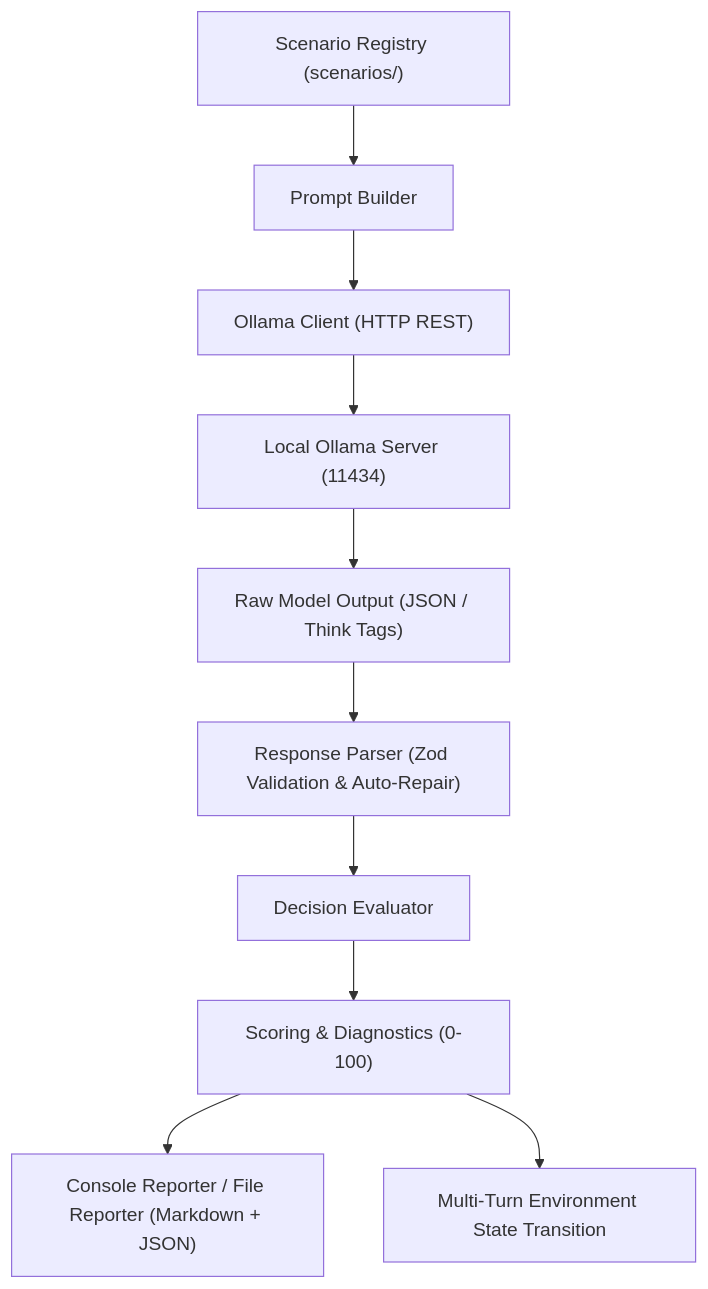
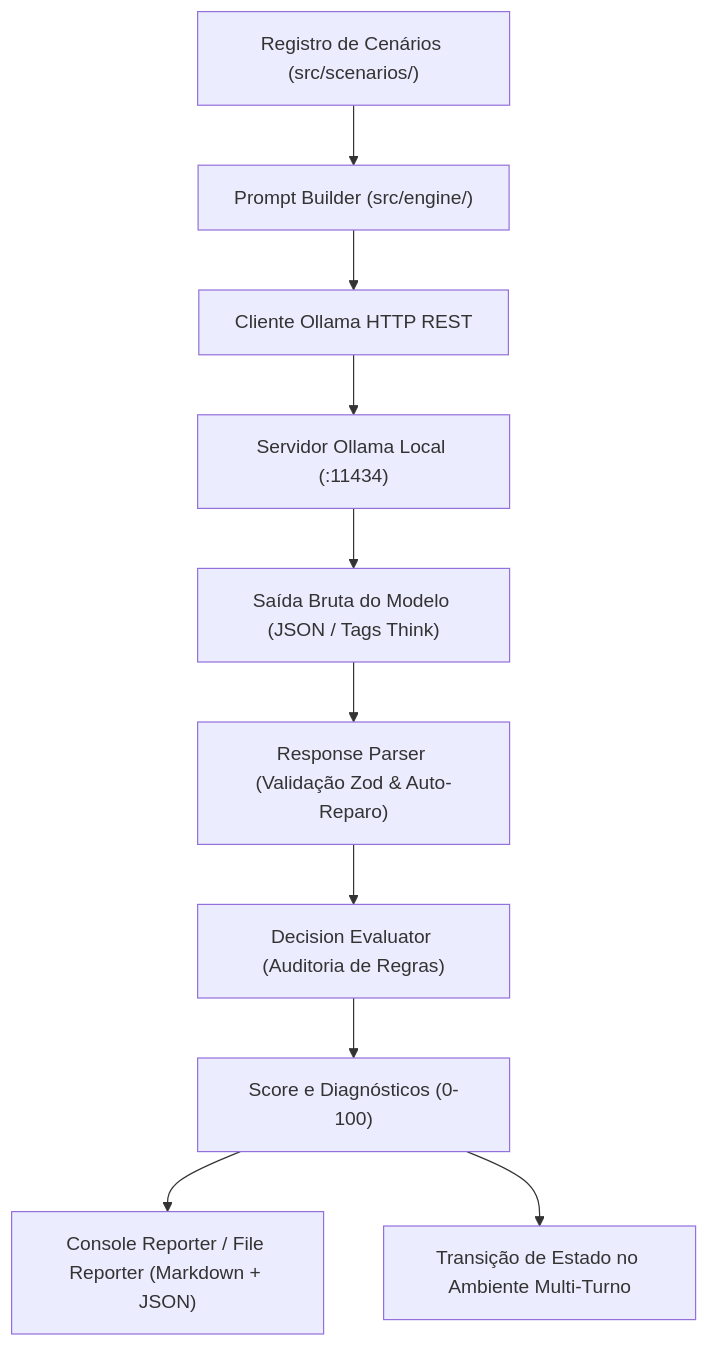
Before and after one commit to lildiop2/decision-llm-simulator: the diagram in README.md, drawn with Mermaid. The commit also changed other lines of this file and 14 other files, not shown here.

Commit message:
feat: localize project to Portuguese for scenarios, cli, prompts, evaluator, and documentation

````diff
--- a/README.md
+++ b/README.md
@@ -20,12 +20,12 @@
 ```mermaid
 flowchart TD
-    A["Scenario Registry (scenarios/)"] --> B["Prompt Builder"]
-    B --> C["Ollama Client (HTTP REST)"]
-    C --> D["Local Ollama Server (11434)"]
-    D --> E["Raw Model Output (JSON / Think Tags)"]
-    E --> F["Response Parser (Zod Validation & Auto-Repair)"]
-    F --> G["Decision Evaluator"]
-    G --> H["Scoring & Diagnostics (0-100)"]
+    A["Registro de Cenários (src/scenarios/)"] --> B["Prompt Builder (src/engine/)"]
+    B --> C["Cliente Ollama HTTP REST"]
+    C --> D["Servidor Ollama Local (:11434)"]
+    D --> E["Saída Bruta do Modelo (JSON / Tags Think)"]
+    E --> F["Response Parser (Validação Zod & Auto-Reparo)"]
+    F --> G["Decision Evaluator (Auditoria de Regras)"]
+    G --> H["Score e Diagnósticos (0-100)"]
     H --> I["Console Reporter / File Reporter (Markdown + JSON)"]
-    H --> J["Multi-Turn Environment State Transition"]
+    H --> J["Transição de Estado no Ambiente Multi-Turno"]
 ```
````
